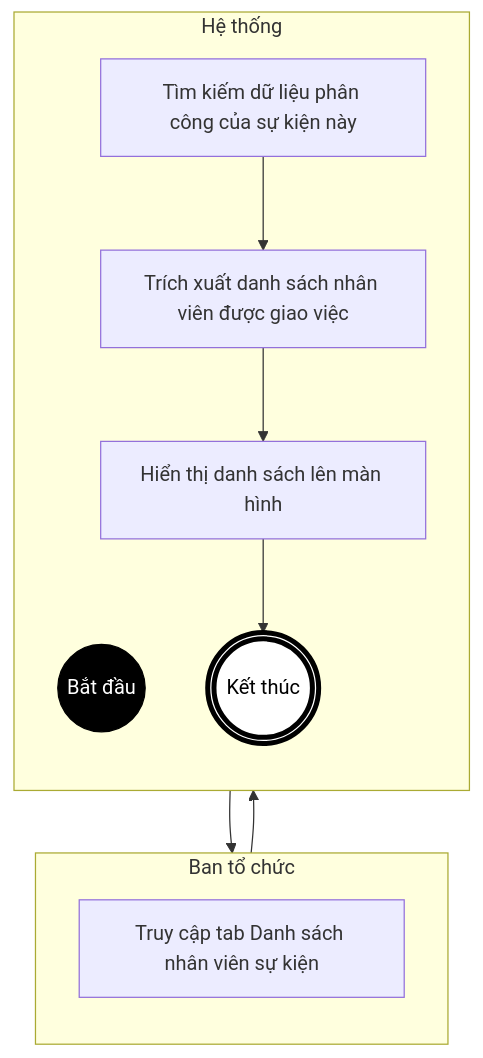
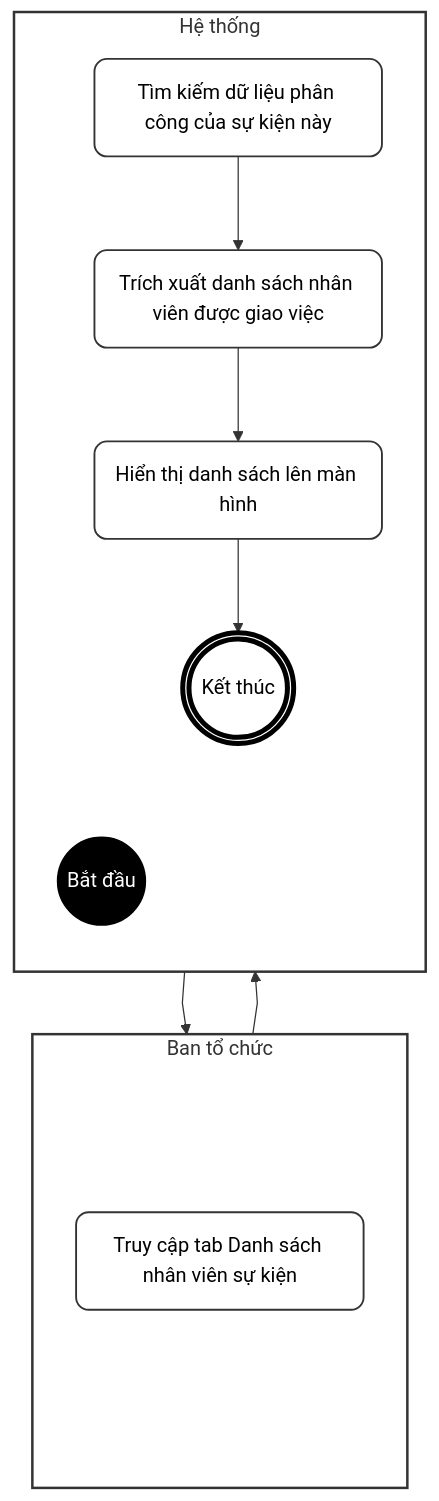
Before and after one commit to ChuDucAnh21/BE-quan-ly-su-kien: the second of 4 diagrams in doc/system_analysis/activity diagram/08c_activity_schedule_staff.md, drawn with Mermaid. The commit also changed other lines of this file and 26 other files, not shown here.

````diff
--- a/doc/system_analysis/activity diagram/08c_activity_schedule_staff.md
+++ b/doc/system_analysis/activity diagram/08c_activity_schedule_staff.md
@@ -226,25 +66,44 @@
 ```mermaid
+%%{init: {"flowchart": {"curve": "linear"}}}%%
 flowchart TD
+    classDef default fill:#fff,stroke:#333,stroke-width:1.5px,color:#000,rx:10px,ry:10px;
     classDef startNode fill:#000,stroke:#000,color:#fff;
     classDef endNode fill:#fff,stroke:#000,stroke-width:4px,color:#000;
+    classDef hidden fill:none,stroke:none,color:none;
 
     subgraph TacNhan [Ban tổ chức]
         direction TB
-        A[Truy cập tab Danh sách nhân viên sự kiện]
+        T_start(" "):::hidden
+        A(Truy cập tab Danh sách nhân viên sự kiện)
+        T_end(" "):::hidden
     end
 
     subgraph HeThong [Hệ thống]
         direction TB
+        H_start(" "):::hidden
         Start((Bắt đầu)):::startNode
-        B[Tìm kiếm dữ liệu phân công của sự kiện này]
-        C[Trích xuất danh sách nhân viên được giao việc]
-        D[Hiển thị danh sách lên màn hình]
+        B(Tìm kiếm dữ liệu phân công của sự kiện này)
+        C(Trích xuất danh sách nhân viên được giao việc)
+        D(Hiển thị danh sách lên màn hình)
         End(((Kết thúc))):::endNode
+        H_end(" "):::hidden
     end
+
+    T_start ~~~ H_start
+    T_end ~~~ H_end
+
+    T_start ~~~ A
+    A ~~~ T_end
+
+    H_start ~~~ Start
+    End ~~~ H_end
 
     Start --> A
     A --> B
     B --> C
     C --> D
     D --> End
+
+    style TacNhan fill:#fff,stroke:#333,stroke-width:2px
+    style HeThong fill:#fff,stroke:#333,stroke-width:2px
 ```
````
